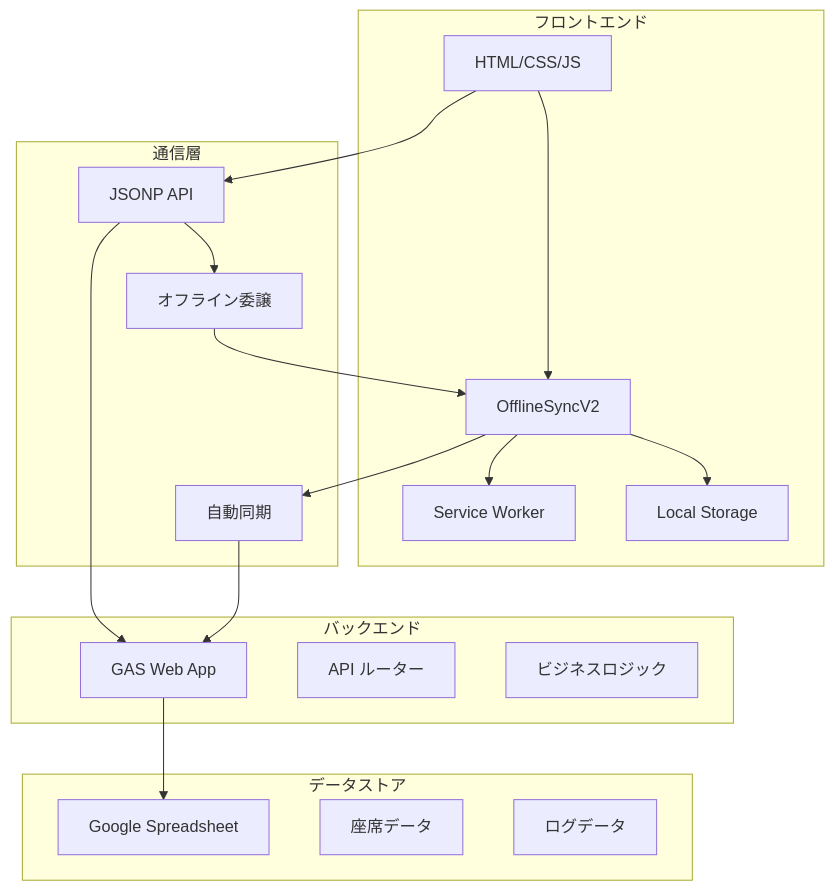
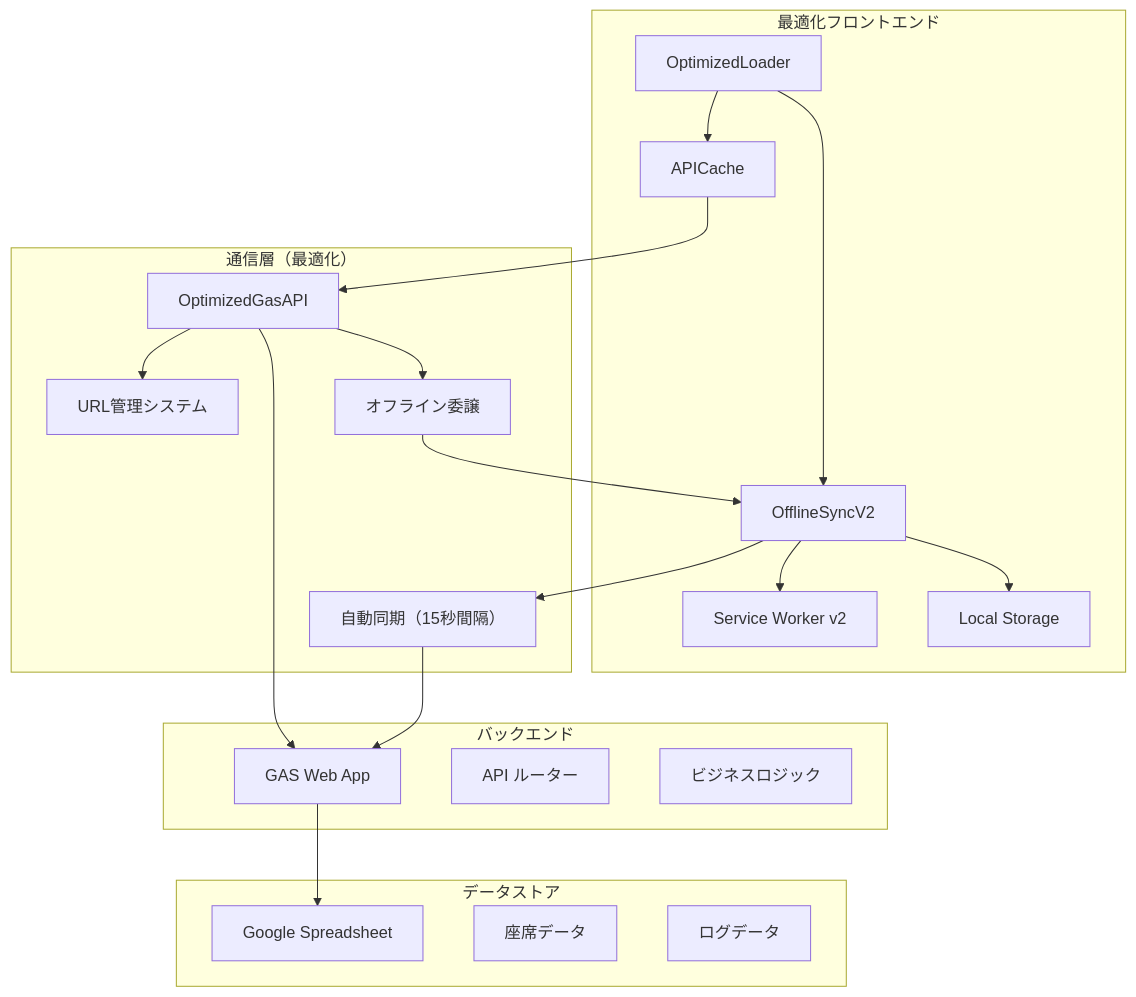
Before and after one commit to J105588/tickets-beta: the first of 13 diagrams in README.md, drawn with Mermaid. The commit also changed other lines of this file and 14 other files, not shown here.

````diff
--- a/README.md
+++ b/README.md
@@ -87,38 +92,42 @@
 ```mermaid
 graph TB
-  subgraph "フロントエンド"
-    A[HTML/CSS/JS]
+  subgraph "最適化フロントエンド"
+    A[OptimizedLoader]
     B[OfflineSyncV2]
-    C[Service Worker]
-    D[Local Storage]
+    C[Service Worker v2]
+    D[APICache]
+    E[Local Storage]
   end
   
-  subgraph "通信層"
-    E[JSONP API]
-    F[オフライン委譲]
-    G[自動同期]
+  subgraph "通信層（最適化）"
+    F[OptimizedGasAPI]
+    G[URL管理システム]
+    H[オフライン委譲]
+    I[自動同期（15秒間隔）]
   end
   
   subgraph "バックエンド"
-    H[GAS Web App]
-    I[API ルーター]
-    J[ビジネスロジック]
+    J[GAS Web App]
+    K[API ルーター]
+    L[ビジネスロジック]
   end
   
   subgraph "データストア"
-    K[Google Spreadsheet]
-    L[座席データ]
-    M[ログデータ]
+    M[Google Spreadsheet]
+    N[座席データ]
+    O[ログデータ]
   end
   
   A --> B
+  A --> D
   B --> C
-  B --> D
-  A --> E
-  E --> F
-  F --> B
-  E --> H
-  H --> K
-  B --> G
-  G --> H
+  B --> E
+  D --> F
+  F --> G
+  F --> H
+  H --> B
+  F --> J
+  J --> M
+  B --> I
+  I --> J
 ```
````
